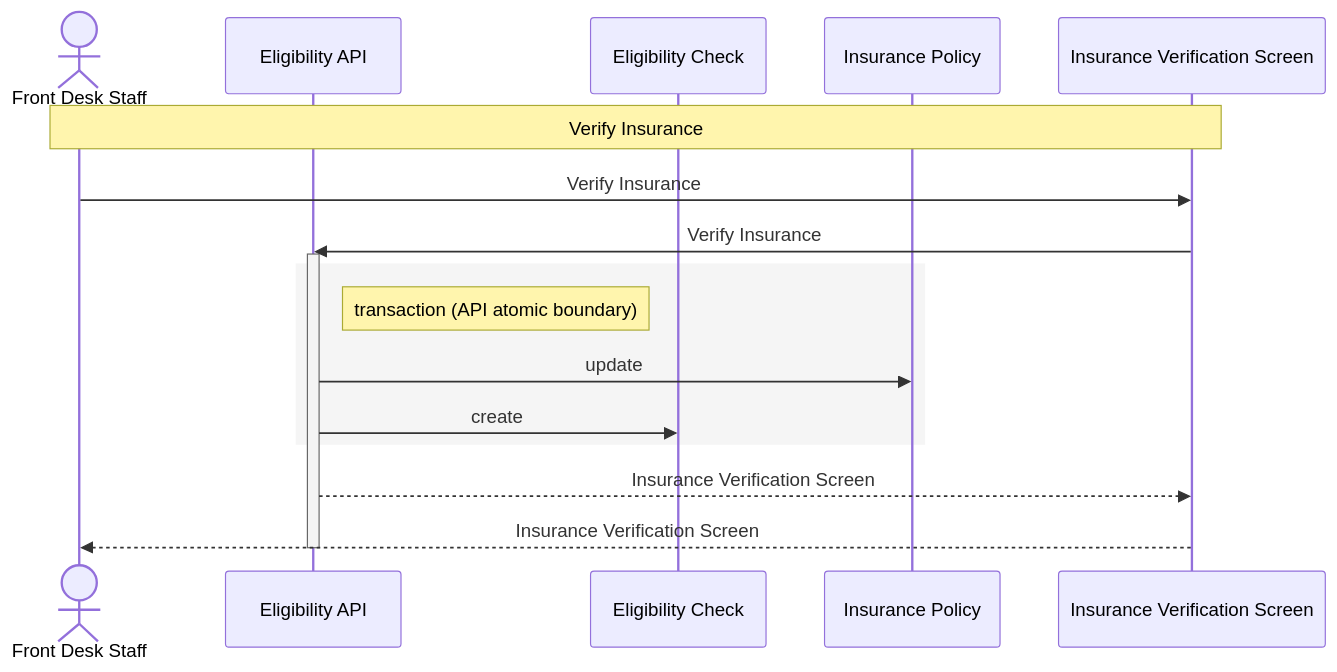
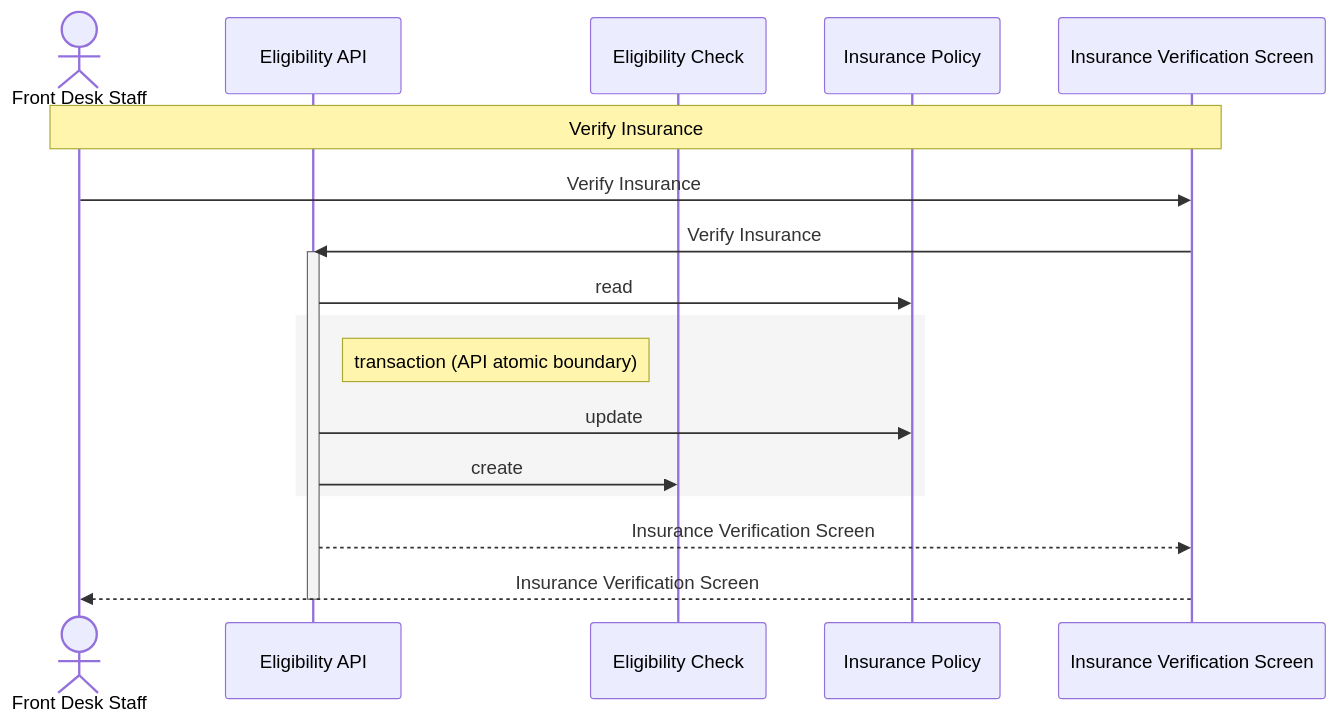
The diagram in samples/clinic-ops/out/uc/sequence_verify_insurance.mmd (manji-0/rdra-ish-dsl), drawn with Mermaid before and after one commit. The commit also changed other lines of this file and 125 other files, not shown here.

Commit message:
docs(samples): embed review diagrams

```diff
--- a/samples/clinic-ops/out/uc/sequence_verify_insurance.mmd
+++ b/samples/clinic-ops/out/uc/sequence_verify_insurance.mmd
@@ -1,19 +1,20 @@
 sequenceDiagram
   actor FrontDesk as Front Desk Staff
   participant EligibilityApi as Eligibility API
   participant EligibilityCheck as Eligibility Check
   participant InsurancePolicy as Insurance Policy
   participant InsuranceScreen as Insurance Verification Screen
 
   Note over FrontDesk,InsuranceScreen: Verify Insurance
   FrontDesk->>InsuranceScreen: Verify Insurance
   InsuranceScreen->>EligibilityApi: Verify Insurance
   activate EligibilityApi
+  EligibilityApi->>InsurancePolicy: read
   rect rgb(245,245,245)
     Note right of EligibilityApi: transaction (API atomic boundary)
     EligibilityApi->>InsurancePolicy: update
     EligibilityApi->>EligibilityCheck: create
   end
   EligibilityApi-->>InsuranceScreen: Insurance Verification Screen
   InsuranceScreen-->>FrontDesk: Insurance Verification Screen
   deactivate EligibilityApi
```
